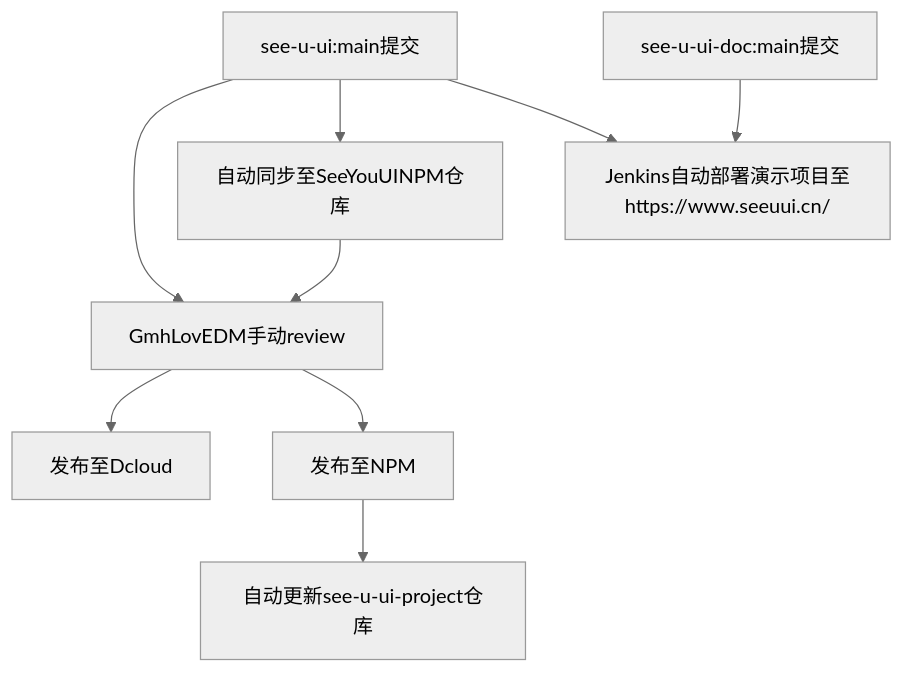
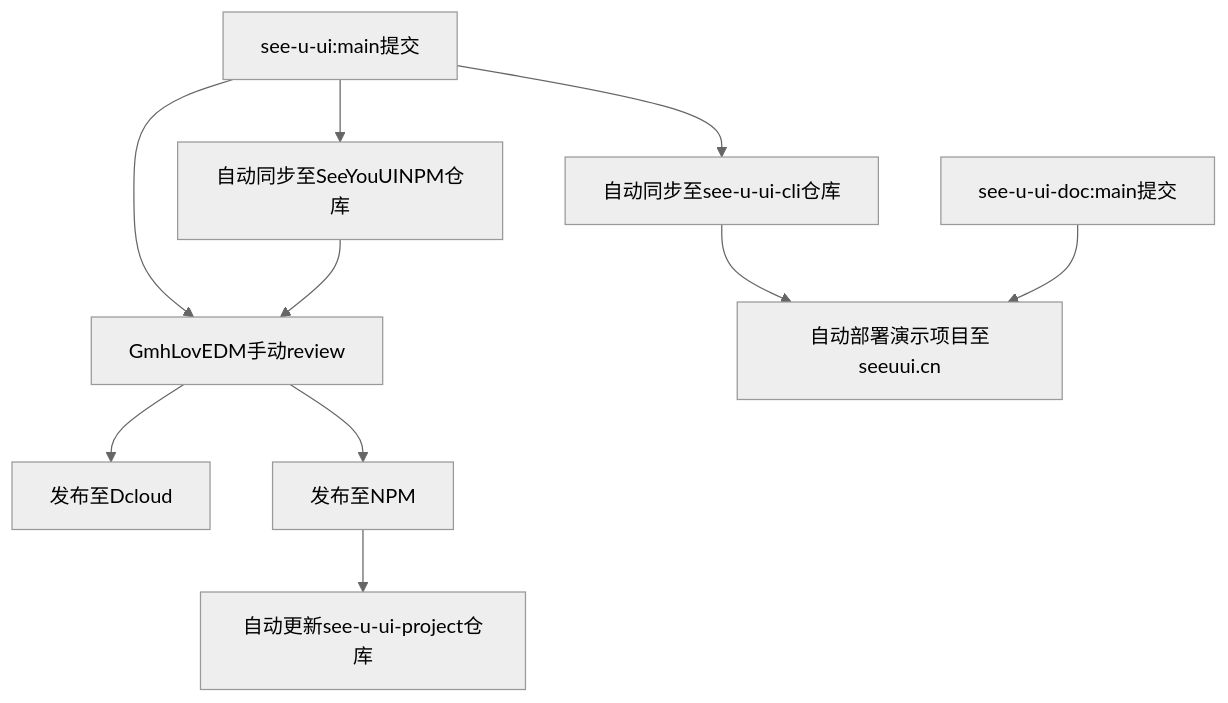
The diagram in docs/contributing.md (seeyouui/see-u-ui-doc), drawn with Mermaid (neutral theme) before and after one commit.

Commit message:
更新了贡献文档

````diff
--- a/docs/contributing.md
+++ b/docs/contributing.md
@@ -36,7 +36,7 @@
 ```mermaid
 graph TD
   see-u-ui:main提交 -->  GmhLovEDM手动review --> 发布至Dcloud
   see-u-ui:main提交 --> 自动同步至SeeYouUINPM仓库 --> GmhLovEDM手动review --> 发布至NPM --> 自动更新see-u-ui-project仓库
-  see-u-ui:main提交 --> Jenkins自动部署演示项目至https://www.seeuui.cn/
-  see-u-ui-doc:main提交 --> Jenkins自动部署演示项目至https://www.seeuui.cn/
+  see-u-ui:main提交 --> 自动同步至see-u-ui-cli仓库 --> 自动部署演示项目至seeuui.cn
+  see-u-ui-doc:main提交 --> 自动部署演示项目至seeuui.cn
 ```
````
